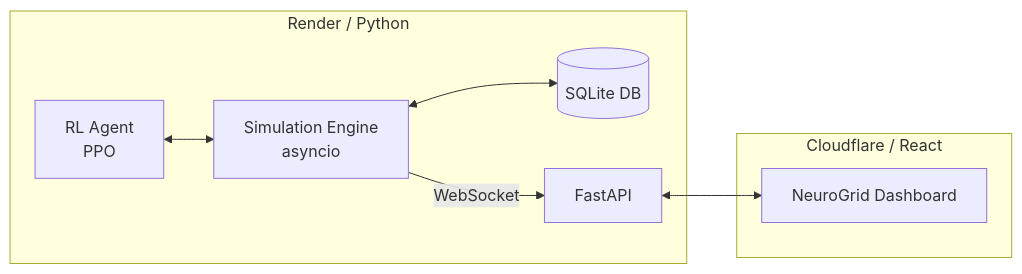
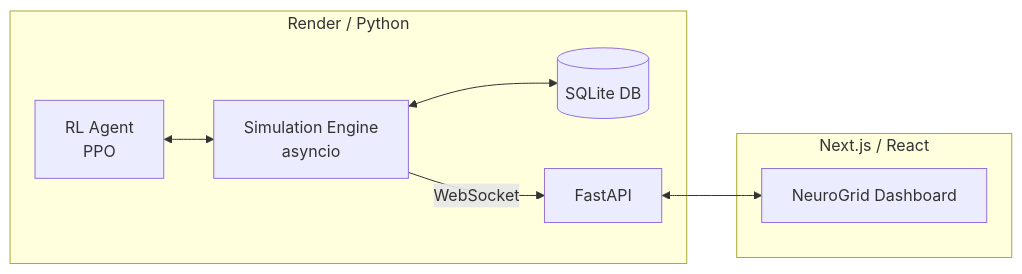
One commit to VivekKulkarnii/NeuroGrid changed the diagram in README.md. Above: the diagram before and after it, drawn with Mermaid. The commit also changed other lines of this file, not shown here.

Commit message:
docs: update architecture diagram and project structure to reflect migration to Next.js

````diff
--- a/README.md
+++ b/README.md
@@ -10,12 +10,12 @@
 ```mermaid
 flowchart LR
     subgraph Cloud_Backend [Render / Python]
         Sim[Simulation Engine\nasyncio] <--> DB[(SQLite DB)]
         RL[RL Agent\nPPO] <--> Sim
         Sim -- "WebSocket" --> API[FastAPI]
     end
 
-    subgraph Cloud_Frontend [Cloudflare / React]
+    subgraph Frontend [Next.js / React]
         API <--> Dash[NeuroGrid Dashboard]
     end
 ```
````
